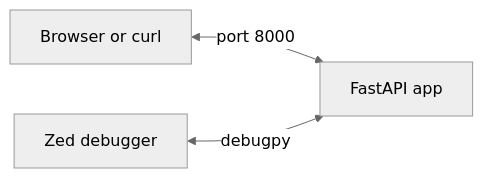
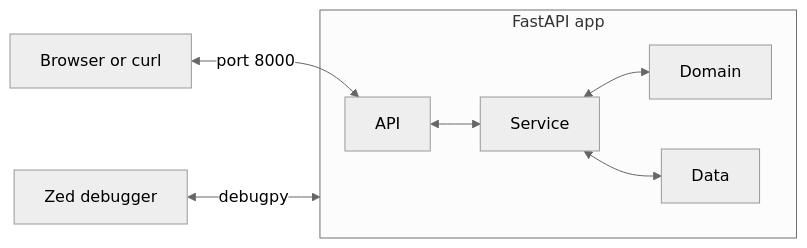
One commit to rayenamer/Debugging-with-the-Zed-Editor changed the second of 2 diagrams in README.md. Above: the diagram before and after it, drawn with Mermaid (neutral theme). The commit also changed other lines of this file and 12 other files, not shown here.

````diff
--- a/README.md
+++ b/README.md
@@ -192,5 +192,10 @@
 ```mermaid
 flowchart LR
-    client[Browser or curl] <-->|port 8000| app[FastAPI app]
+    client[Browser or curl] <-->|port 8000| api
+    subgraph app[FastAPI app]
+        api[API] <--> service[Service]
+        service <--> domain[Domain]
+        service <--> data[Data]
+    end
     zed[Zed debugger] <-->|debugpy| app
 ```
````
